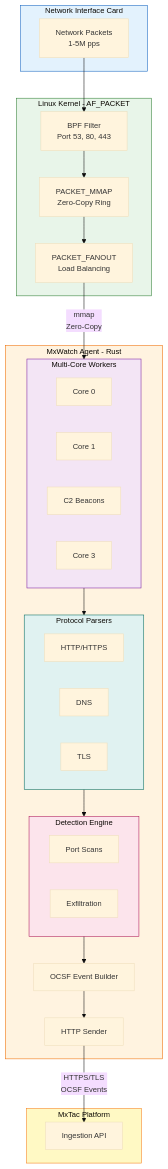
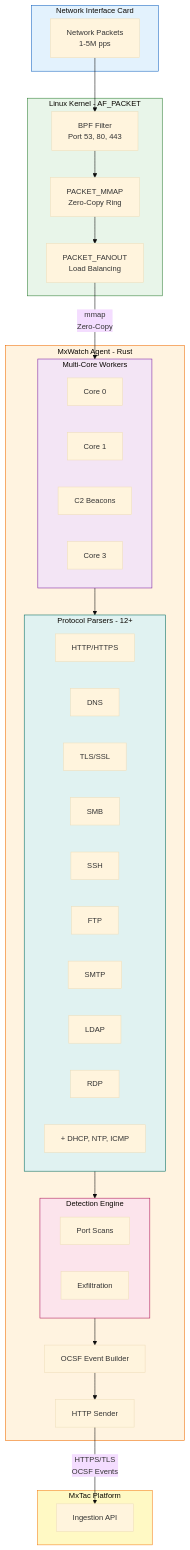
The diagram in agents/mxwatch/00-README.md (fankh/mxtac), drawn with Mermaid before and after one commit. The commit also changed other lines of this file and 1 other file, not shown here.

````diff
--- a/agents/mxwatch/00-README.md
+++ b/agents/mxwatch/00-README.md
@@ -116,59 +123,66 @@
 ```mermaid
 %%{init: {'theme': 'base', 'themeVariables': { 'fontSize': '14px' }, 'flowchart': { 'useMaxWidth': true }}}%%
 flowchart TB
     subgraph NIC["Network Interface Card"]
         style NIC fill:#e3f2fd,stroke:#1565c0
         PACKETS[Network Packets<br/>1-5M pps]
     end
 
     subgraph Kernel["Linux Kernel - AF_PACKET"]
         style Kernel fill:#e8f5e9,stroke:#2e7d32
         BPF[BPF Filter<br/>Port 53, 80, 443]
         RING[PACKET_MMAP<br/>Zero-Copy Ring]
         FANOUT[PACKET_FANOUT<br/>Load Balancing]
     end
 
     subgraph Agent["MxWatch Agent - Rust"]
         style Agent fill:#fff3e0,stroke:#ef6c00
 
         subgraph Workers["Multi-Core Workers"]
             style Workers fill:#f3e5f5,stroke:#7b1fa2
             C0[Core 0]
             C1[Core 1]
             C2[Core 2]
             C3[Core 3]
         end
 
-        subgraph Parsers["Protocol Parsers"]
+        subgraph Parsers["Protocol Parsers - 12+"]
             style Parsers fill:#e0f2f1,stroke:#00695c
             HTTP[HTTP/HTTPS]
             DNS[DNS]
-            TLS[TLS]
+            TLS[TLS/SSL]
+            SMB[SMB]
+            SSH[SSH]
+            FTP[FTP]
+            SMTP[SMTP]
+            LDAP[LDAP]
+            RDP[RDP]
+            MORE[+ DHCP, NTP, ICMP]
         end
 
         subgraph Detection["Detection Engine"]
             style Detection fill:#fce4ec,stroke:#ad1457
             C2[C2 Beacons]
             SCAN[Port Scans]
             EXFIL[Exfiltration]
         end
 
         BUILDER[OCSF Event Builder]
         SENDER[HTTP Sender]
     end
 
     subgraph Platform["MxTac Platform"]
         style Platform fill:#fff9c4,stroke:#f57f17
         API[Ingestion API]
     end
 
     PACKETS --> BPF
     BPF --> RING
     RING --> FANOUT
     FANOUT -->|mmap<br/>Zero-Copy| Workers
     Workers --> Parsers
     Parsers --> Detection
     Detection --> BUILDER
     BUILDER --> SENDER
     SENDER -->|HTTPS/TLS<br/>OCSF Events| API
 ```
````
